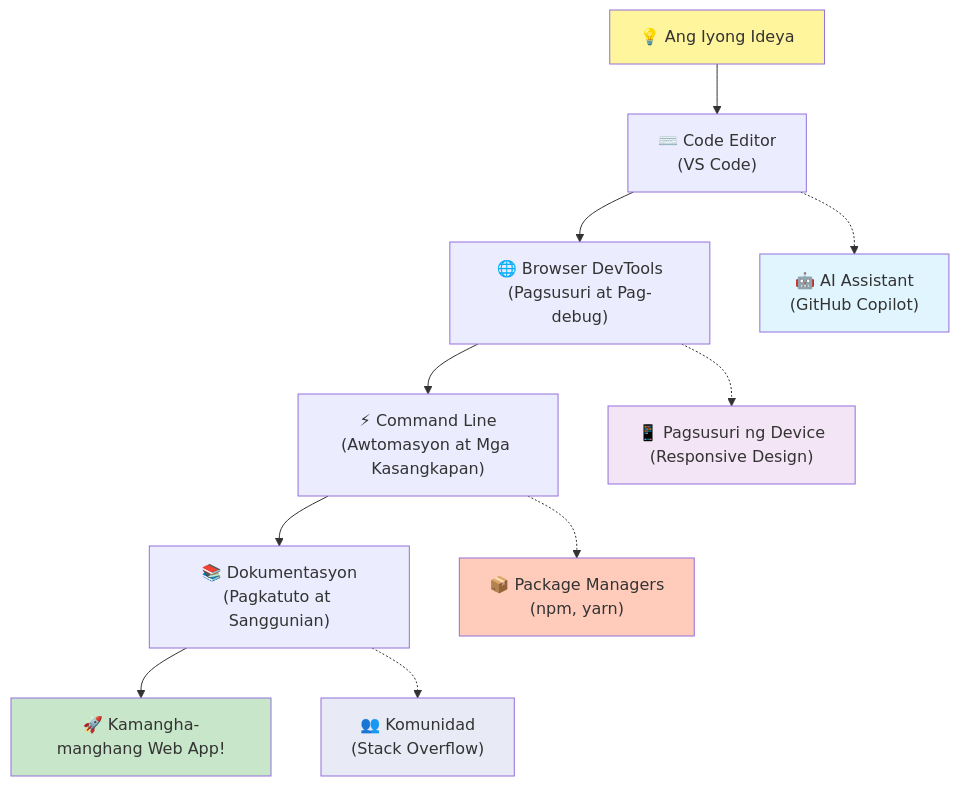
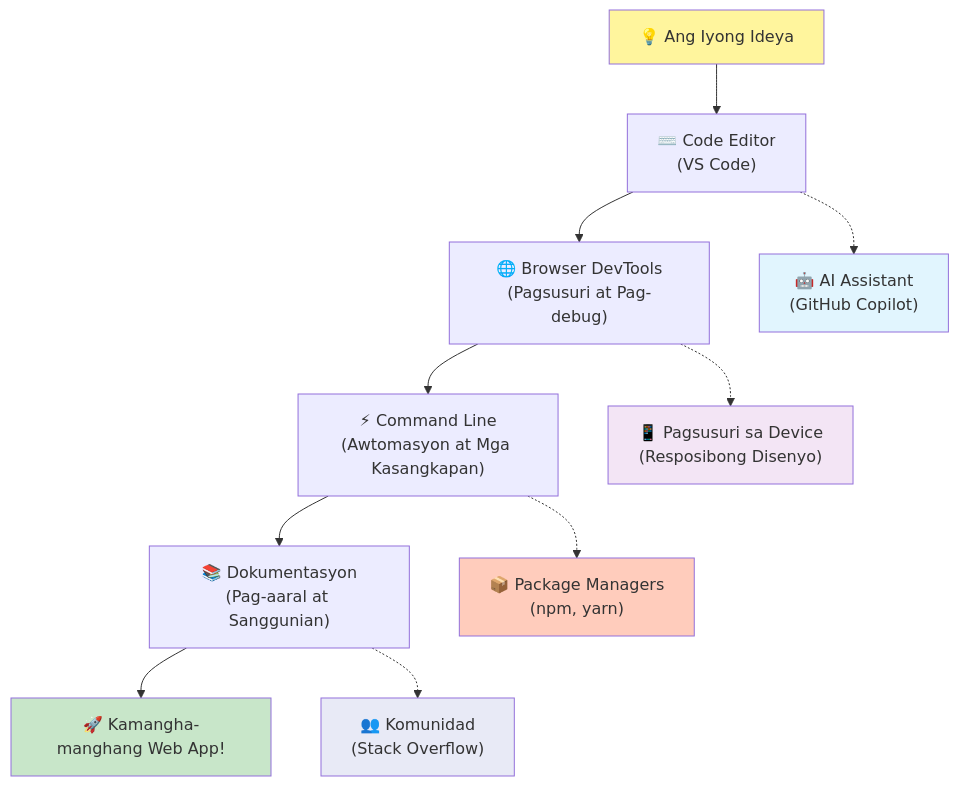
Before and after one commit to microsoft/Web-Dev-For-Beginners: the fifth of 7 diagrams in translations/tl/1-getting-started-lessons/1-intro-to-programming-languages/README.md, drawn with Mermaid. The commit also changed other lines of this file and 8 other files, not shown here.

````diff
--- a/translations/tl/1-getting-started-lessons/1-intro-to-programming-languages/README.md
+++ b/translations/tl/1-getting-started-lessons/1-intro-to-programming-languages/README.md
@@ -487,20 +487,20 @@
 ```mermaid
 graph TD
     A["💡 Ang Iyong Ideya"] --> B["⌨️ Code Editor<br/>(VS Code)"] 
     B --> C["🌐 Browser DevTools<br/>(Pagsusuri at Pag-debug)"]
     C --> D["⚡ Command Line<br/>(Awtomasyon at Mga Kasangkapan)"]
-    D --> E["📚 Dokumentasyon<br/>(Pagkatuto at Sanggunian)"]
+    D --> E["📚 Dokumentasyon<br/>(Pag-aaral at Sanggunian)"]
     E --> F["🚀 Kamangha-manghang Web App!"]
     
     B -.-> G["🤖 AI Assistant<br/>(GitHub Copilot)"]
-    C -.-> H["📱 Pagsusuri ng Device<br/>(Responsive Design)"]
+    C -.-> H["📱 Pagsusuri sa Device<br/>(Resposibong Disenyo)"]
     D -.-> I["📦 Package Managers<br/>(npm, yarn)"]
     E -.-> J["👥 Komunidad<br/>(Stack Overflow)"]
     
     style A fill:#fff59d
     style F fill:#c8e6c9
     style G fill:#e1f5fe
     style H fill:#f3e5f5
     style I fill:#ffccbc
     style J fill:#e8eaf6
-```  
+```
````
